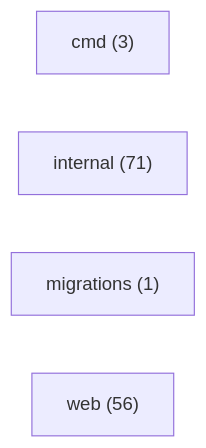
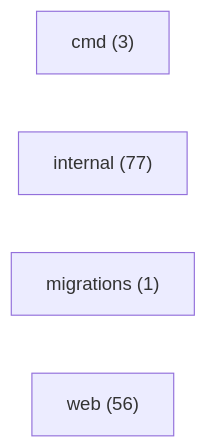
One commit to mauriciomiwa/ominicore-service changed the diagram in DOC/System/mapa/inventario.md. Above: the diagram before and after it, drawn with Mermaid. The commit also changed other lines of this file and 34 other files, not shown here.

````diff
--- a/DOC/System/mapa/inventario.md
+++ b/DOC/System/mapa/inventario.md
@@ -16,7 +16,7 @@
 ```mermaid
 graph LR
   cmd["cmd (3)"]
-  internal["internal (71)"]
+  internal["internal (77)"]
   migrations["migrations (1)"]
   web["web (56)"]
 ```
````
